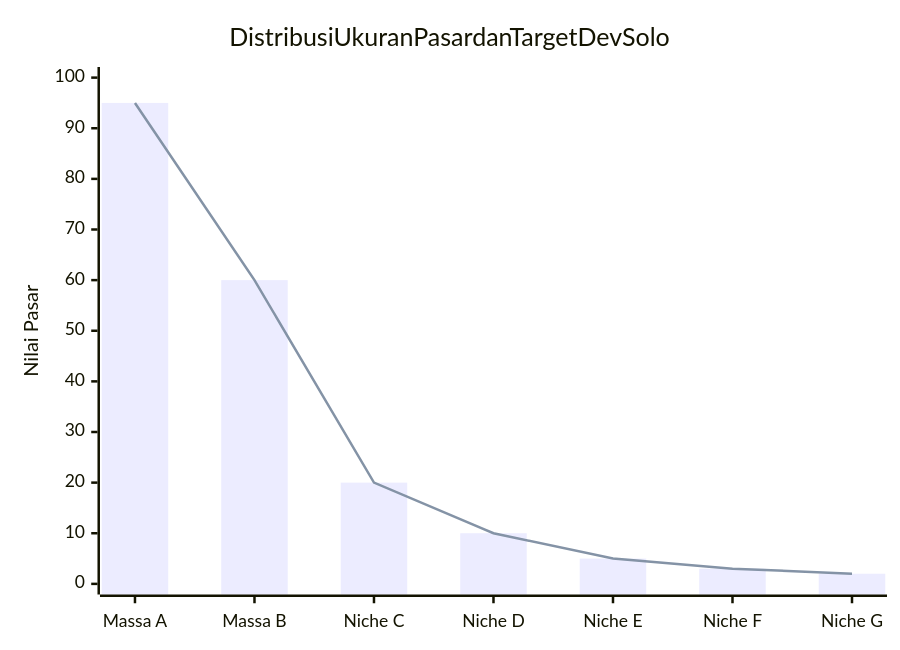
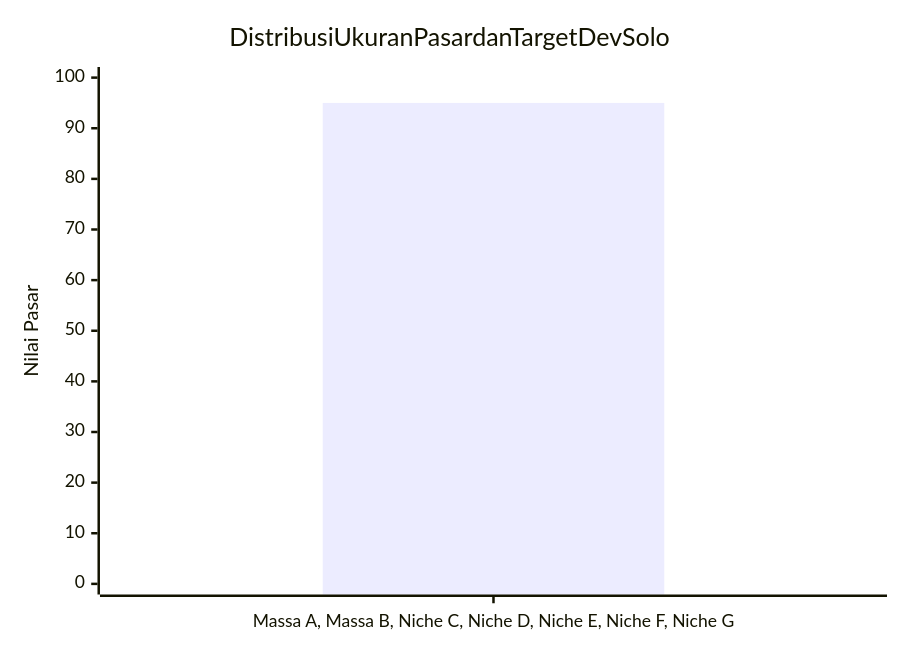
The first of 2 diagrams in content/post/solo_dev_survival/index.id.md (kenjinote/blog), drawn with Mermaid before and after one commit. The commit also changed 573 other files, not shown here.

Commit message:
fix: Resolve Mermaid syntax errors caused by nested double quotes in node names

````diff
--- a/content/post/solo_dev_survival/index.id.md
+++ b/content/post/solo_dev_survival/index.id.md
@@ -38,8 +38,8 @@
 ```mermaid
 xychart-beta
     title Distribusi Ukuran Pasar dan Target Dev Solo
-  x-axis ["Massa A", "Massa B", "Niche C", "Niche D", "Niche E", "Niche F", "Niche G"]
+  x-axis ["Massa A, Massa B, Niche C, Niche D, Niche E, Niche F, Niche G"]
   y-axis "Nilai Pasar" 0 --> 100
   bar [95, 60, 20, 10, 5, 3, 2]
   line [95, 60, 20, 10, 5, 3, 2]
 ```
````
